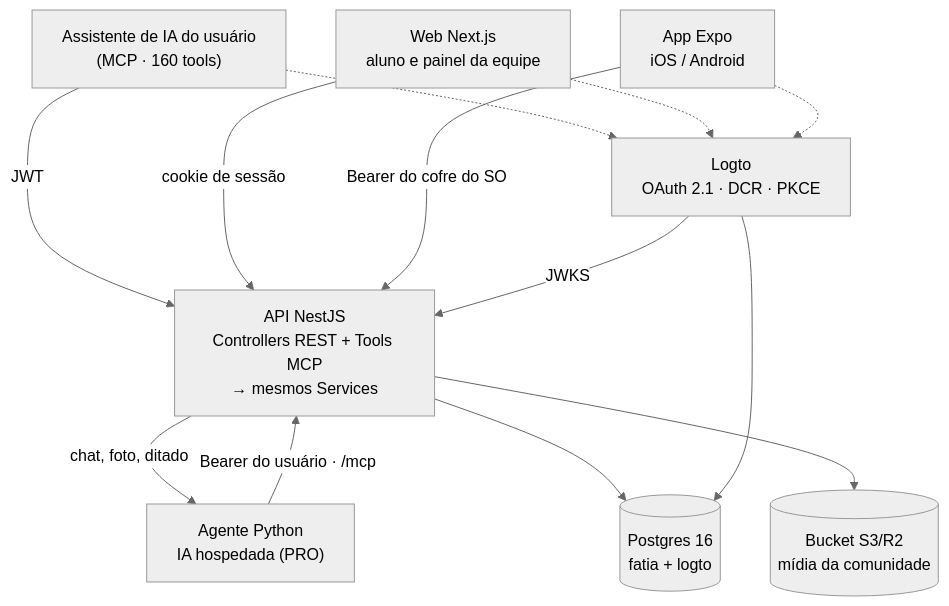
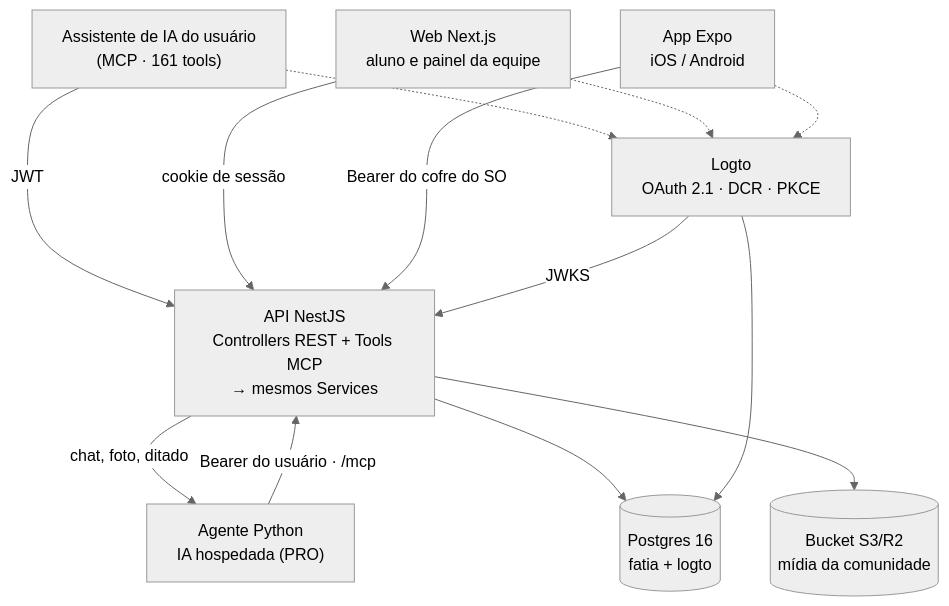
The diagram in README.md (ThiagoCarreiraVallim/fatia), drawn with Mermaid (neutral theme) before and after one commit. The commit also changed other lines of this file and 65 other files, not shown here.

````diff
--- a/README.md
+++ b/README.md
@@ -33,24 +33,24 @@
 ```mermaid
 flowchart TD
-    claude["Assistente de IA do usuário<br/>(MCP · 160 tools)"]
+    claude["Assistente de IA do usuário<br/>(MCP · 161 tools)"]
     pwa["Web Next.js<br/>aluno e painel da equipe"]
     mobile["App Expo<br/>iOS / Android"]
     agent["Agente Python<br/>IA hospedada (PRO)"]
     logto["Logto<br/>OAuth 2.1 · DCR · PKCE"]
     api["API NestJS<br/>Controllers REST + Tools MCP<br/>→ mesmos Services"]
     pg[("Postgres 16<br/>fatia + logto")]
     s3[("Bucket S3/R2<br/>mídia da comunidade")]
 
     claude -- "JWT" --> api
     pwa -- "cookie de sessão" --> api
     mobile -- "Bearer do cofre do SO" --> api
     api -- "chat, foto, ditado" --> agent
     agent -- "Bearer do usuário · /mcp" --> api
     claude -.-> logto
     pwa -.-> logto
     mobile -.-> logto
     logto -- "JWKS" --> api
     api --> pg
     api --> s3
     logto --> pg
 ```
````
